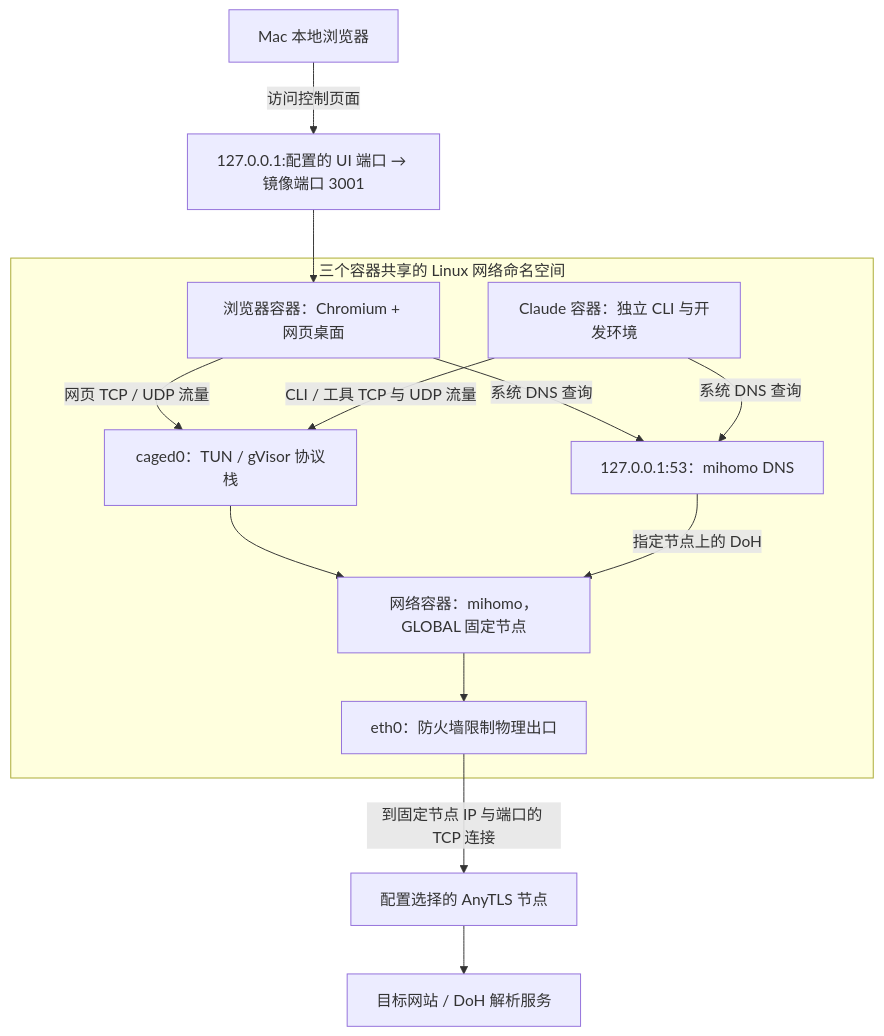
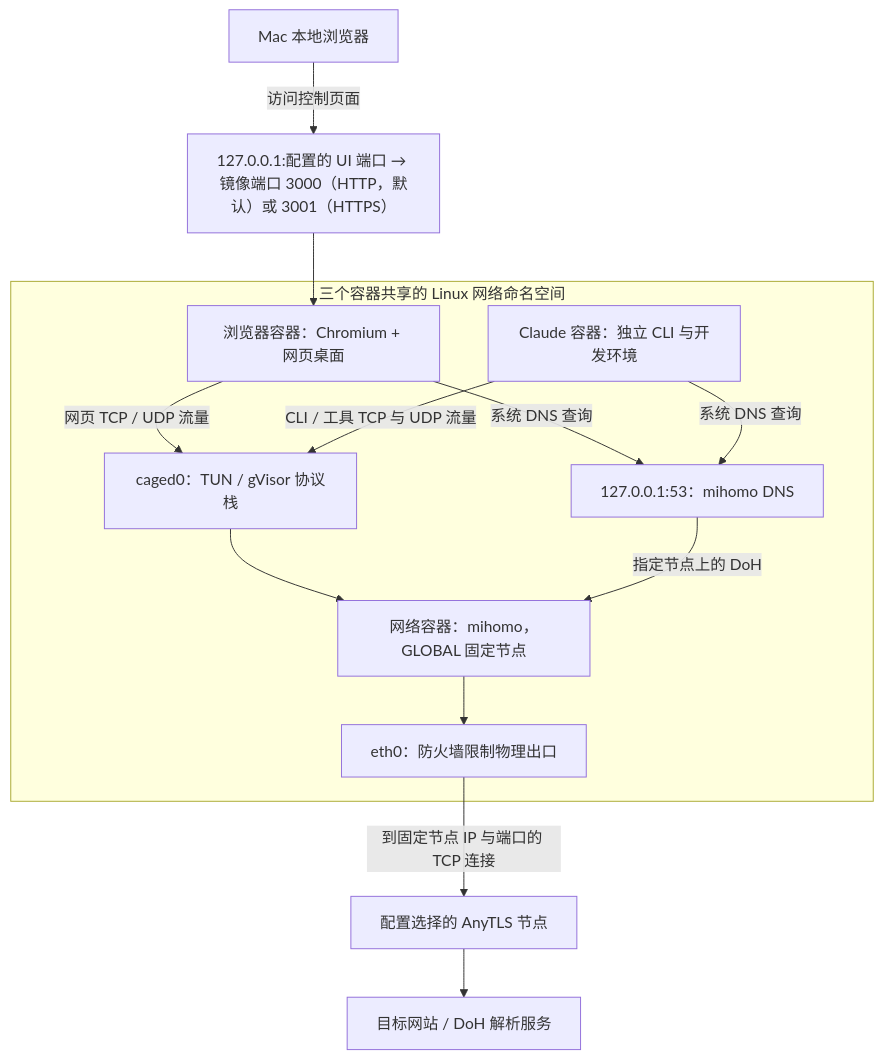
Before and after one commit to orangemi/caged-claude: the diagram in docs/implementation.md, drawn with Mermaid. The commit also changed other lines of this file and 13 other files, not shown here.

````diff
--- a/docs/implementation.md
+++ b/docs/implementation.md
@@ -20,22 +20,22 @@
 ```mermaid
 flowchart TB
-    Local["Mac 本地浏览器"] -->|"访问控制页面"| Port["127.0.0.1:配置的 UI 端口 → 镜像端口 3001"]
+    Local["Mac 本地浏览器"] -->|"访问控制页面"| Port["127.0.0.1:配置的 UI 端口 → 镜像端口 3000（HTTP，默认）或 3001（HTTPS）"]
     subgraph NetNS["三个容器共享的 Linux 网络命名空间"]
         Chromium["浏览器容器：Chromium + 网页桌面"]
         Claude["Claude 容器：独立 CLI 与开发环境"]
         DNS["127.0.0.1:53：mihomo DNS"]
         TUN["caged0：TUN / gVisor 协议栈"]
         Core["网络容器：mihomo，GLOBAL 固定节点"]
         Eth["eth0：防火墙限制物理出口"]
         Chromium -->|"系统 DNS 查询"| DNS
         Claude -->|"系统 DNS 查询"| DNS
         Chromium -->|"网页 TCP / UDP 流量"| TUN
         Claude -->|"CLI / 工具 TCP 与 UDP 流量"| TUN
         TUN --> Core
         DNS -->|"指定节点上的 DoH"| Core
         Core --> Eth
     end
     Port --> Chromium
     Eth -->|"到固定节点 IP 与端口的 TCP 连接"| Node["配置选择的 AnyTLS 节点"]
     Node --> Internet["目标网站 / DoH 解析服务"]
 ```
````
